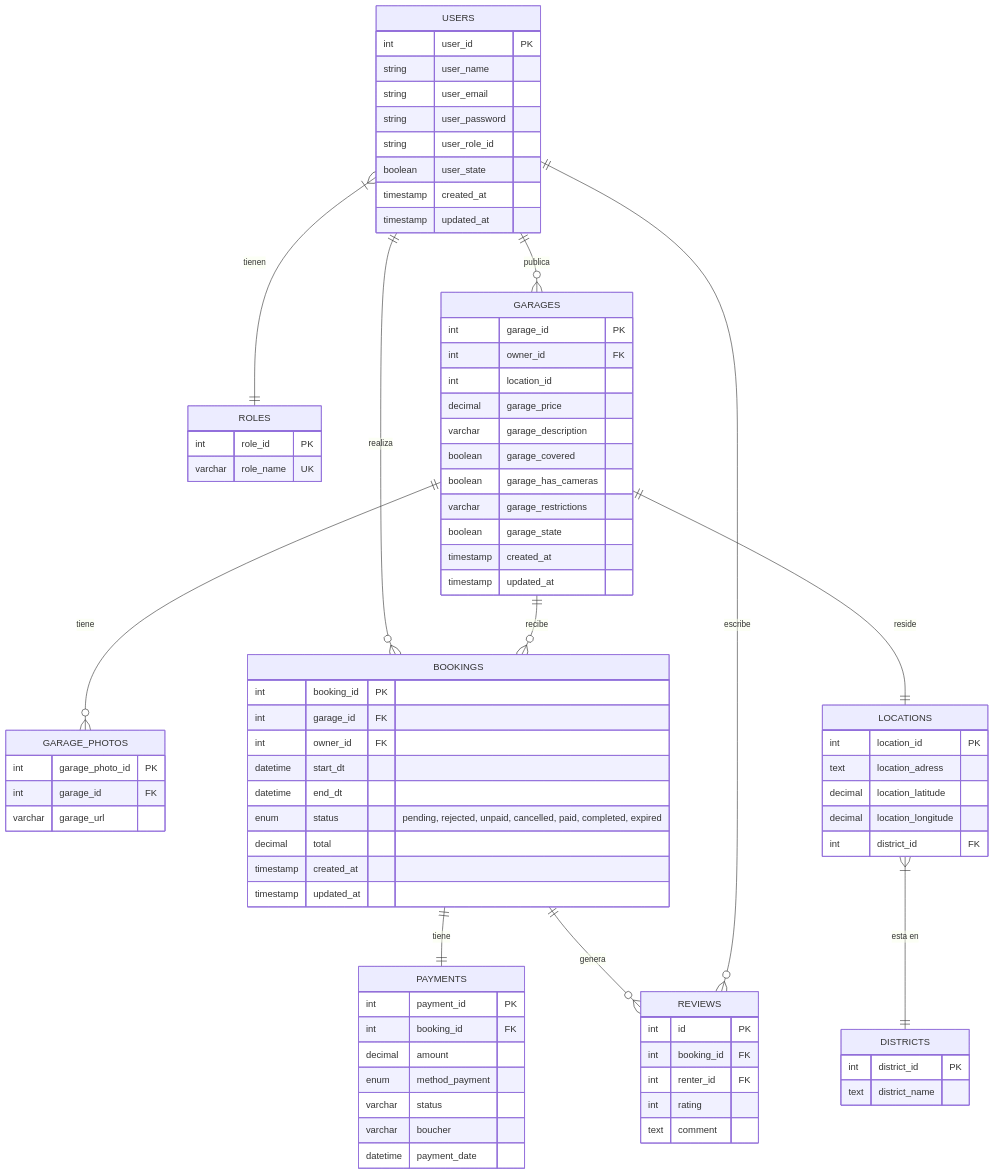
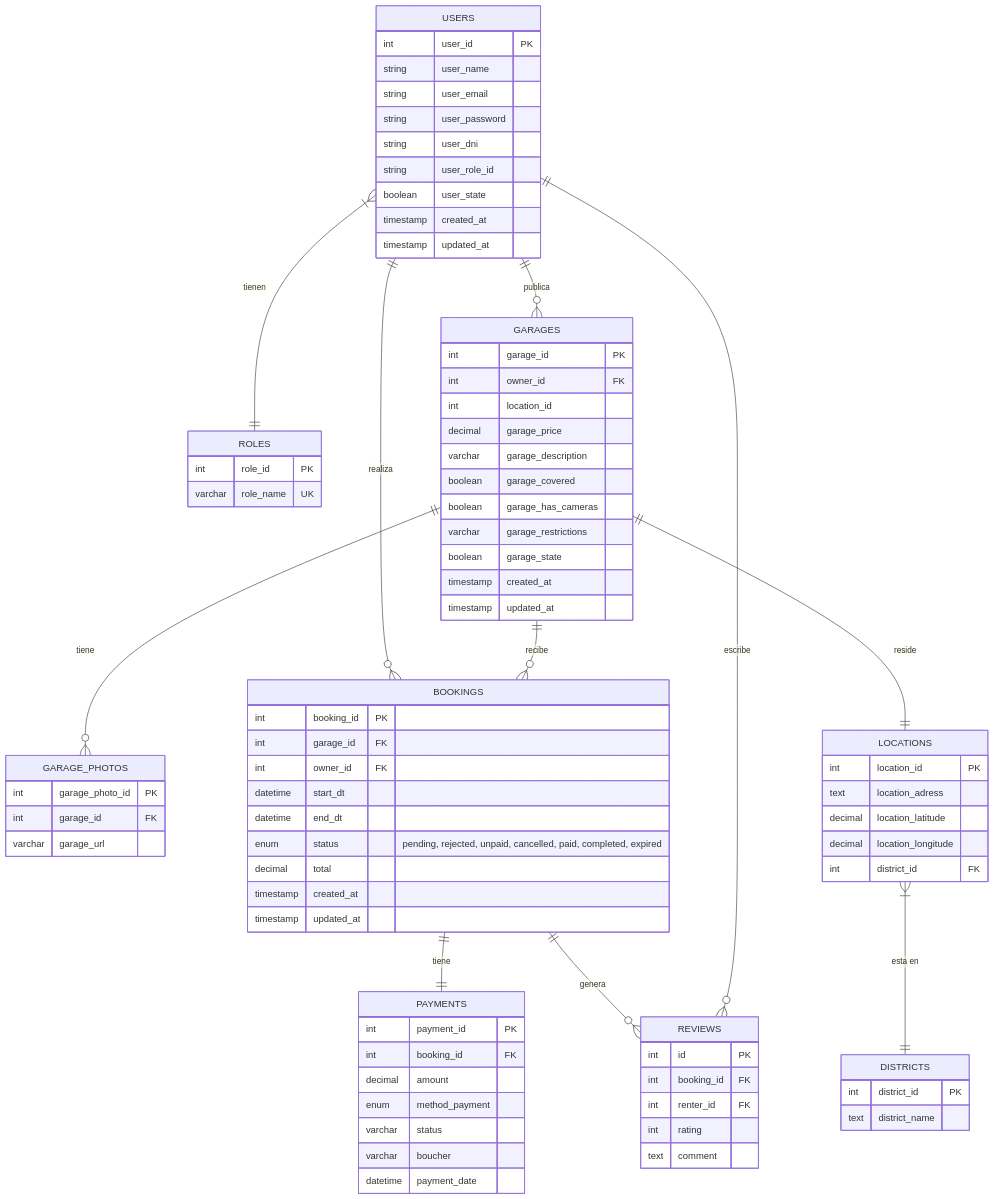
Before and after one commit to BrayanYinLin/estaciona-ya: the diagram in docs/models/erd.mmd, drawn with Mermaid. The commit also changed 14 other files, not shown here.

```diff
--- a/docs/models/erd.mmd
+++ b/docs/models/erd.mmd
@@ -1,92 +1,93 @@
 erDiagram
     USERS {
         int user_id PK
         string user_name
         string user_email
         string user_password
+        string user_dni
         string user_role_id
         boolean user_state
         timestamp created_at
         timestamp updated_at
     }
 
     ROLES {
        int role_id PK
        varchar role_name UK
     }
 
     GARAGES {
         int garage_id PK
         int owner_id FK
         int location_id
         decimal garage_price
         varchar garage_description
         boolean garage_covered
         boolean garage_has_cameras
         varchar garage_restrictions
         boolean garage_state
         timestamp created_at
         timestamp updated_at
     }
 
     GARAGE_PHOTOS {
         int garage_photo_id PK
         int garage_id FK
         varchar garage_url
     }
 
     BOOKINGS {
         int booking_id PK
         int garage_id FK
         int owner_id FK
         datetime start_dt
         datetime end_dt
         enum status "pending, rejected, unpaid, cancelled, paid, completed, expired"
         decimal total
         timestamp created_at
         timestamp updated_at
     }
 
     PAYMENTS {
         int payment_id PK
         int booking_id FK
         decimal amount
         enum method_payment
         varchar status
         varchar boucher
         datetime payment_date
     }
 
     REVIEWS {
         int id PK
         int booking_id FK
         int renter_id FK
         int rating
         text comment
     }
 
     DISTRICTS {
         int district_id PK
         text district_name
     }
     
     LOCATIONS {
         int location_id PK
         text location_adress
         decimal location_latitude
         decimal location_longitude
         int district_id FK
     }
 
     USERS ||--o{ GARAGES : "publica"
     USERS ||--o{ BOOKINGS : "realiza"
     USERS  }|--|| ROLES: "tienen"
     
     GARAGES ||--o{ BOOKINGS : "recibe"
     GARAGES ||--o{ GARAGE_PHOTOS : "tiene"
     GARAGES ||--|| LOCATIONS : "reside"
     
     BOOKINGS ||--|| PAYMENTS : "tiene"
     BOOKINGS ||--o{ REVIEWS : "genera"
     USERS ||--o{ REVIEWS : "escribe"
     LOCATIONS }|--|| DISTRICTS: "esta en"
```
